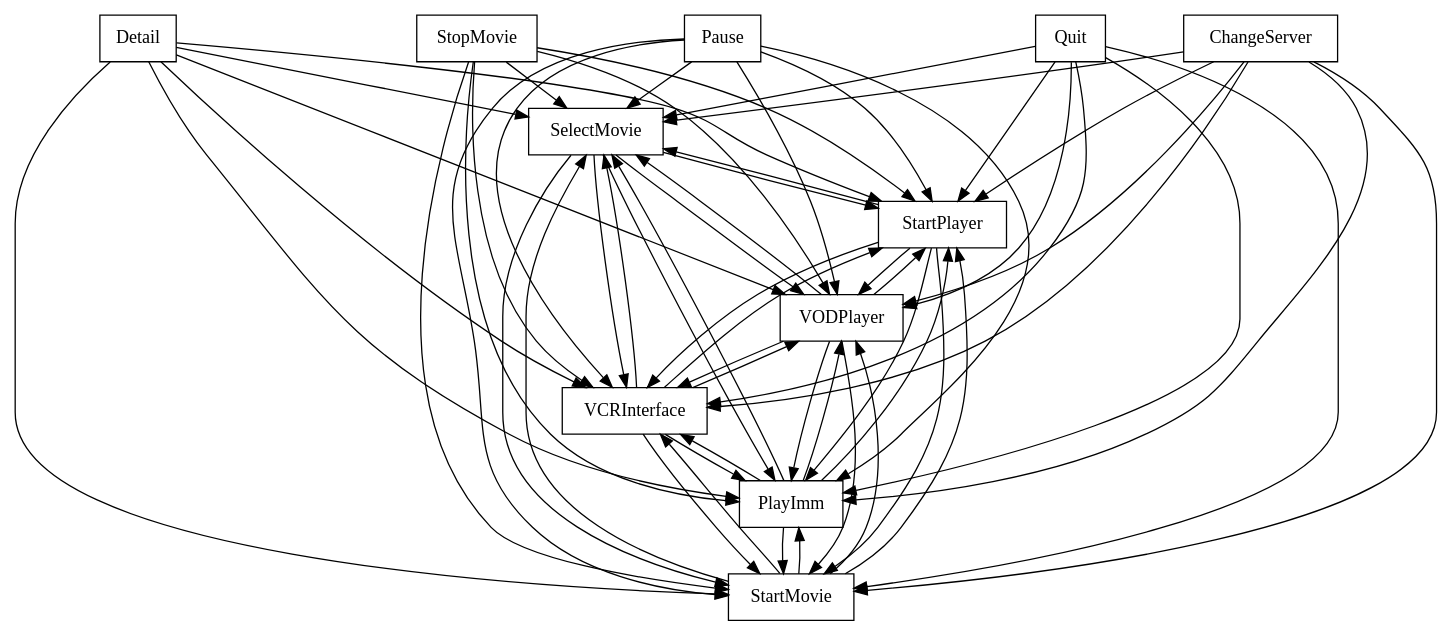
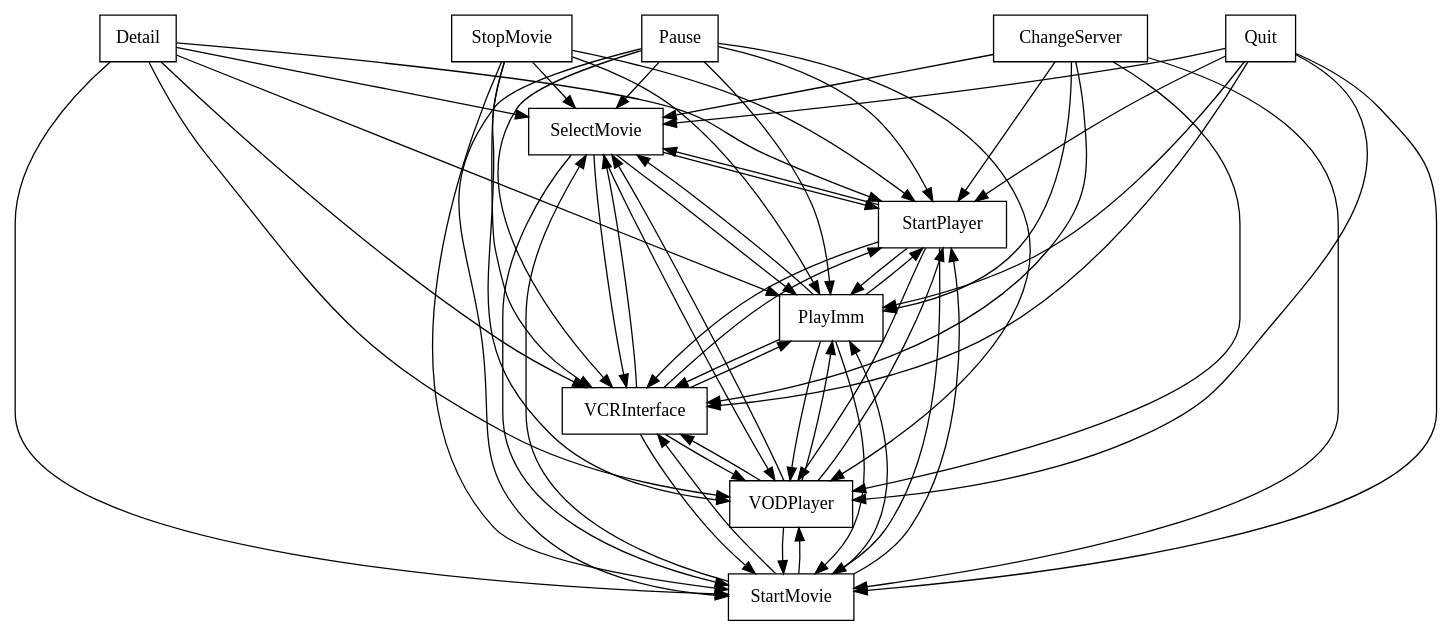
The diagram in FAMILIAR/output/SPLOT-big/fm_26_model_20100324_1996898492.xml.dot (FAMILIAR-project/familiar-language), drawn with Graphviz before and after one commit. The commit also changed 821 other files, not shown here.

```diff
--- a/FAMILIAR/output/SPLOT-big/fm_26_model_20100324_1996898492.xml.dot
+++ b/FAMILIAR/output/SPLOT-big/fm_26_model_20100324_1996898492.xml.dot
@@ -1,76 +1,76 @@
 digraph{
 graph [rankdir=TB];
 node [shape=box];
 edge [arrowhead=normal];
 0[label="Detail",]
 1[label="SelectMovie",]
 2[label="StopMovie",]
 3[label="StartPlayer",]
 4[label="Pause",]
-5[label="ChangeServer",]
-6[label="Quit",]
+5[label="Quit",]
+6[label="ChangeServer",]
 7[label="StartMovie",]
-8[label="PlayImm",]
+8[label="VODPlayer",]
 9[label="VCRInterface",]
-10[label="VODPlayer",]
+10[label="PlayImm",]
 0->1[label="",]
 0->3[label="",]
 0->7[label="",]
 0->8[label="",]
 0->9[label="",]
 0->10[label="",]
 1->3[label="",]
 1->7[label="",]
 1->8[label="",]
 1->9[label="",]
 1->10[label="",]
 2->1[label="",]
 2->3[label="",]
 2->7[label="",]
 2->8[label="",]
 2->9[label="",]
 2->10[label="",]
 3->1[label="",]
 3->7[label="",]
 3->8[label="",]
 3->9[label="",]
 3->10[label="",]
 4->1[label="",]
 4->3[label="",]
 4->7[label="",]
 4->8[label="",]
 4->9[label="",]
 4->10[label="",]
 5->1[label="",]
 5->3[label="",]
 5->7[label="",]
 5->8[label="",]
 5->9[label="",]
 5->10[label="",]
 6->1[label="",]
 6->3[label="",]
 6->7[label="",]
 6->8[label="",]
 6->9[label="",]
 6->10[label="",]
 7->1[label="",]
 7->3[label="",]
 7->8[label="",]
 7->9[label="",]
 7->10[label="",]
 8->1[label="",]
 8->3[label="",]
 8->7[label="",]
 8->9[label="",]
 8->10[label="",]
 9->1[label="",]
 9->3[label="",]
 9->7[label="",]
 9->8[label="",]
 9->10[label="",]
 10->1[label="",]
 10->3[label="",]
 10->7[label="",]
 10->8[label="",]
 10->9[label="",]
 }
```
